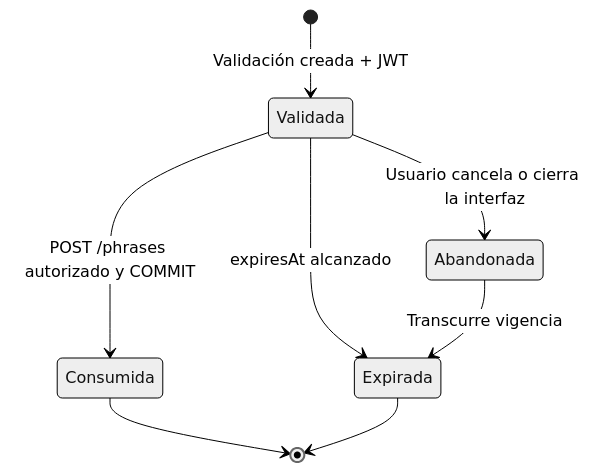
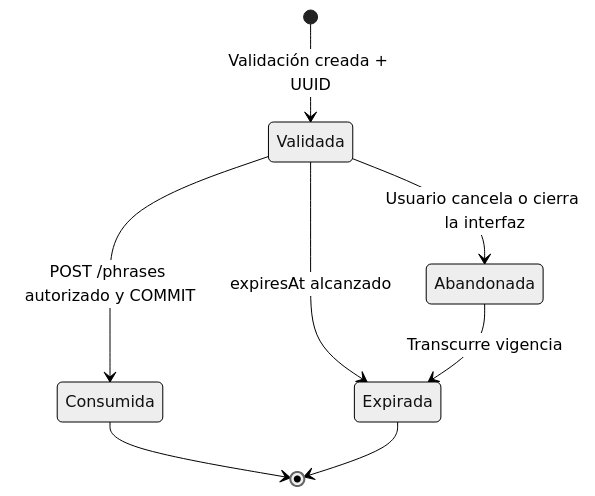
Before and after one commit to eduardoquispe/semantic-phrase-app: the third of 3 diagrams in docs/03-architecture/06-api-security.md, drawn with Mermaid (neutral theme). The commit also changed other lines of this file and 7 other files, not shown here.

````diff
--- a/docs/03-architecture/06-api-security.md
+++ b/docs/03-architecture/06-api-security.md
@@ -295,10 +301,10 @@
 ```mermaid
 stateDiagram-v2
-    [*] --> Validada: Validación creada + JWT
+    [*] --> Validada: Validación creada + UUID
     Validada --> Expirada: expiresAt alcanzado
     Validada --> Consumida: POST /phrases autorizado y COMMIT
     Validada --> Abandonada: Usuario cancela o cierra la interfaz
     Abandonada --> Expirada: Transcurre vigencia
     Consumida --> [*]
     Expirada --> [*]
 ```
````
